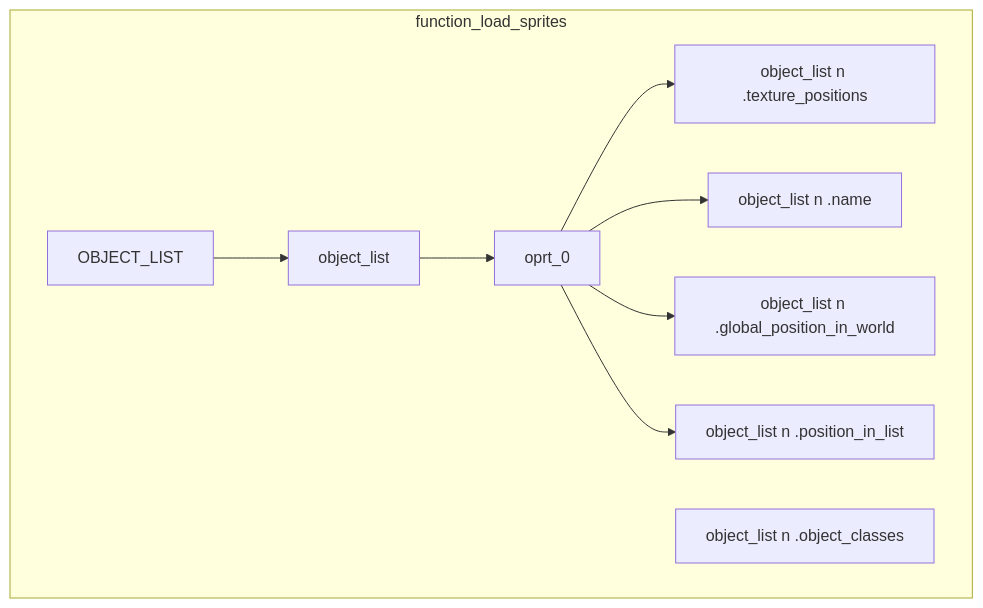
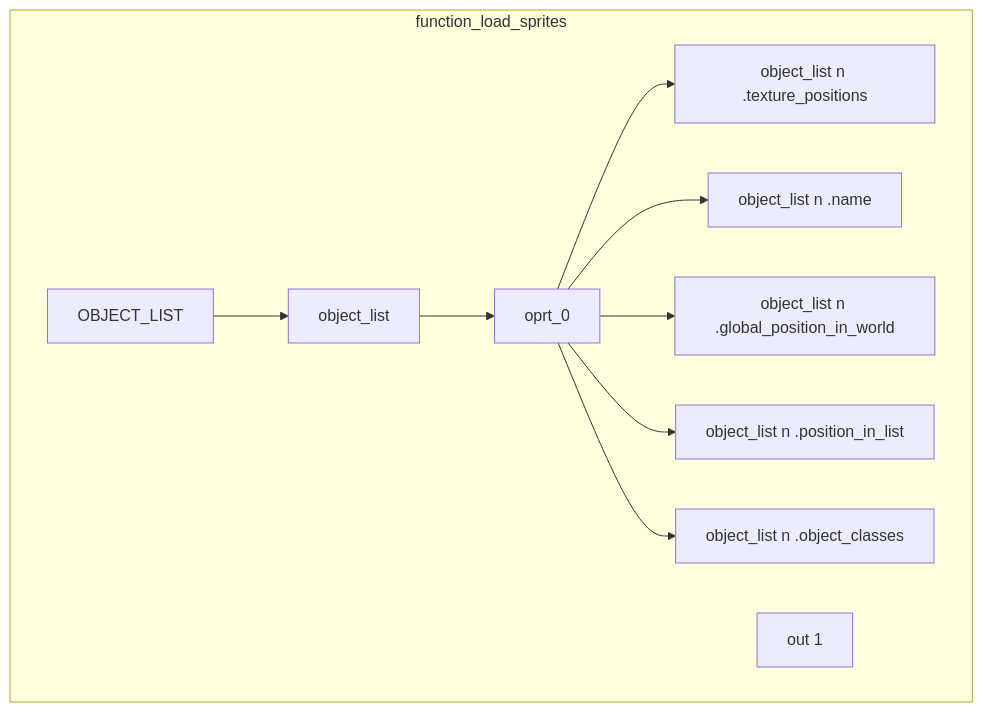
The diagram in data/assets/plans/game_objects/object_loading/functions/object_draw_call.md (UNITY21047/2021-04-22_Raylib_ImGUI_Tiled_Study), drawn with Mermaid before and after one commit. The commit also changed 1 other file, not shown here.

Commit message:
Major Update:
Creating the infustructure to call objects.

````diff
--- a/data/assets/plans/game_objects/object_loading/functions/object_draw_call.md
+++ b/data/assets/plans/game_objects/object_loading/functions/object_draw_call.md
@@ -1,19 +1,22 @@
 ```mermaid
 graph TD
     subgraph function_load_sprites
-        in_1[OBJECT_LIST]
+        in_function_load_sprites_1[OBJECT_LIST]
         prty_1[object_list]
         oprt_1[object_list n .texture_positions]
         oprt_2[object_list n .name]
         oprt_3[object_list n .global_position_in_world]
         oprt_4[object_list n .position_in_list]
         oprt_5[object_list n .object_classes]
+        out_function_load_sprites_1[out 1]
 
-        in_1 --> prty_1
+        in_function_load_sprites_1 --> prty_1
         prty_1 --> oprt_0
         oprt_0 --> oprt_1
         oprt_0 --> oprt_2
         oprt_0 --> oprt_3
         oprt_0 --> oprt_4
+        oprt_0 --> oprt_5
+
     end
 ```
````
